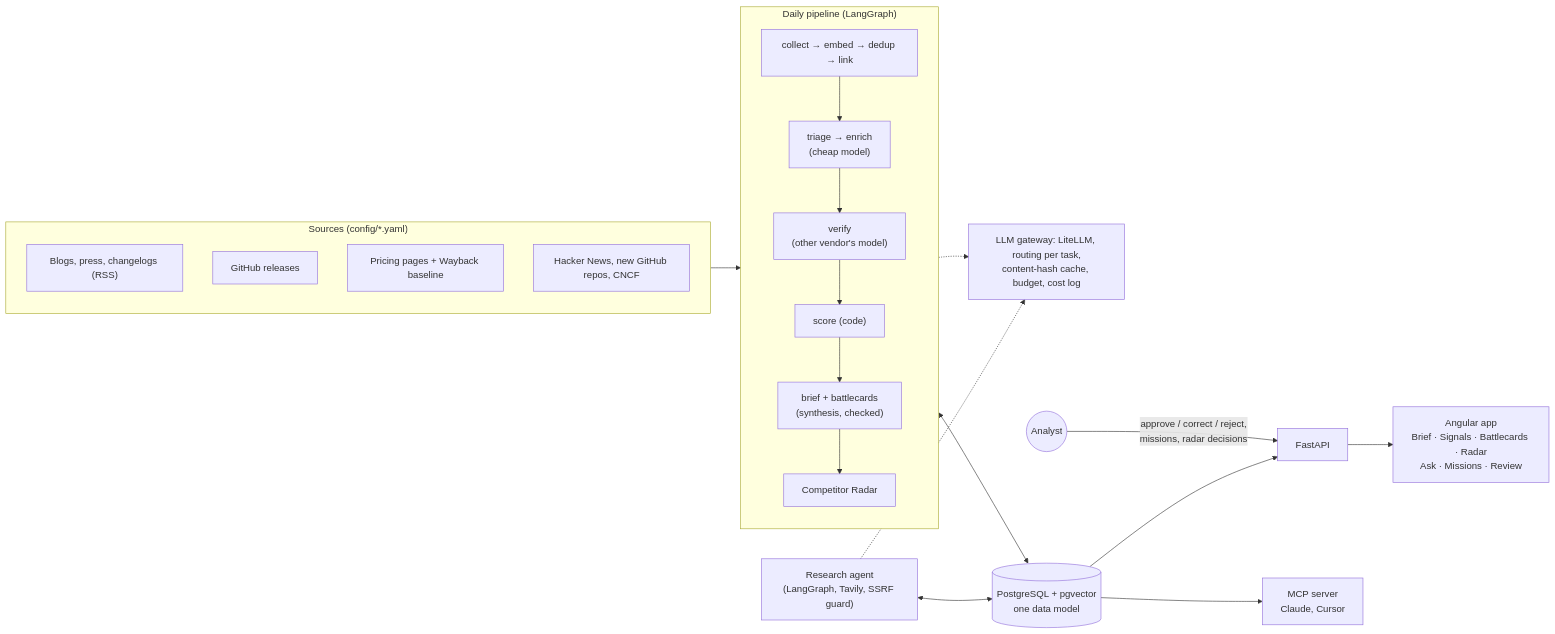
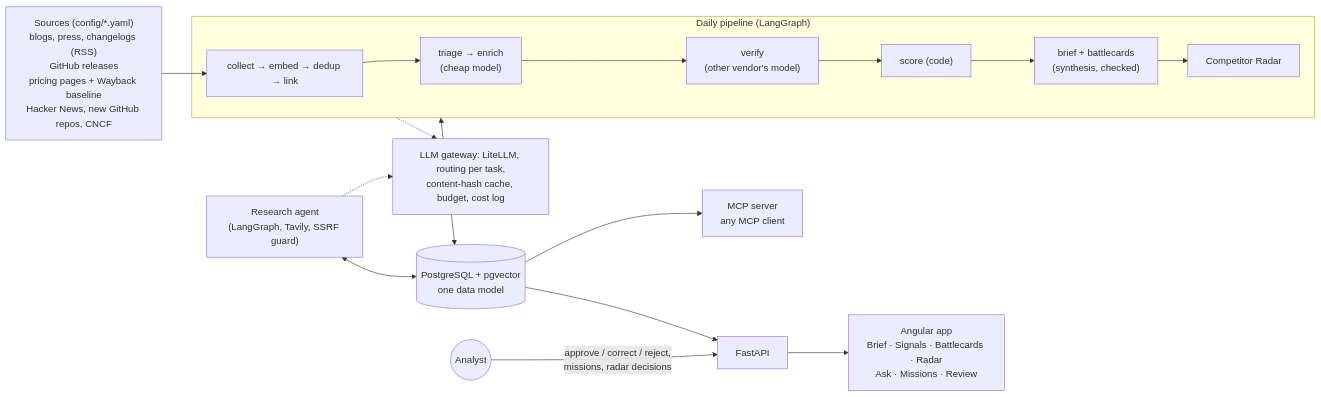
One commit to LidanAvisar/frogradar changed the diagram in README.md. Above: the diagram before and after it, drawn with Mermaid. The commit also changed other lines of this file and 8 other files, not shown here.

````diff
--- a/README.md
+++ b/README.md
@@ -83,33 +59,24 @@
 ```mermaid
 flowchart LR
-  subgraph SRC["Sources (config/*.yaml)"]
-    direction TB
-    S1["Blogs, press, changelogs (RSS)"]
-    S2["GitHub releases"]
-    S3["Pricing pages + Wayback baseline"]
-    S4["Hacker News, new GitHub repos, CNCF"]
-  end
+  SRC["Sources (config/*.yaml)<br/>blogs, press, changelogs (RSS)<br/>GitHub releases<br/>pricing pages + Wayback baseline<br/>Hacker News, new GitHub repos, CNCF"]
   subgraph PIPE["Daily pipeline (LangGraph)"]
-    direction TB
     P1["collect → embed → dedup → link"] --> P2["triage → enrich<br/>(cheap model)"]
-    P2 --> P3["verify<br/>(other vendor's model)"]
-    P3 --> P4["score (code)"]
-    P4 --> P5["brief + battlecards<br/>(synthesis, checked)"]
-    P5 --> P6["Competitor Radar"]
+    P2 --> P3["verify<br/>(other vendor's model)"] --> P4["score (code)"]
+    P4 --> P5["brief + battlecards<br/>(synthesis, checked)"] --> P6["Competitor Radar"]
   end
   GW["LLM gateway: LiteLLM, routing per task,<br/>content-hash cache, budget, cost log"]
   DB[("PostgreSQL + pgvector<br/>one data model")]
   AG["Research agent<br/>(LangGraph, Tavily, SSRF guard)"]
   API["FastAPI"]
   UI["Angular app<br/>Brief · Signals · Battlecards · Radar<br/>Ask · Missions · Review"]
-  MCP["MCP server<br/>Claude, Cursor"]
+  MCP["MCP server<br/>any MCP client"]
   AN(("Analyst"))
   SRC --> P1
   PIPE <--> DB
   PIPE -.-> GW
   AG -.-> GW
   AG <--> DB
   DB --> API --> UI
   DB --> MCP
   AN -- "approve / correct / reject,<br/>missions, radar decisions" --> API
 ```
````
